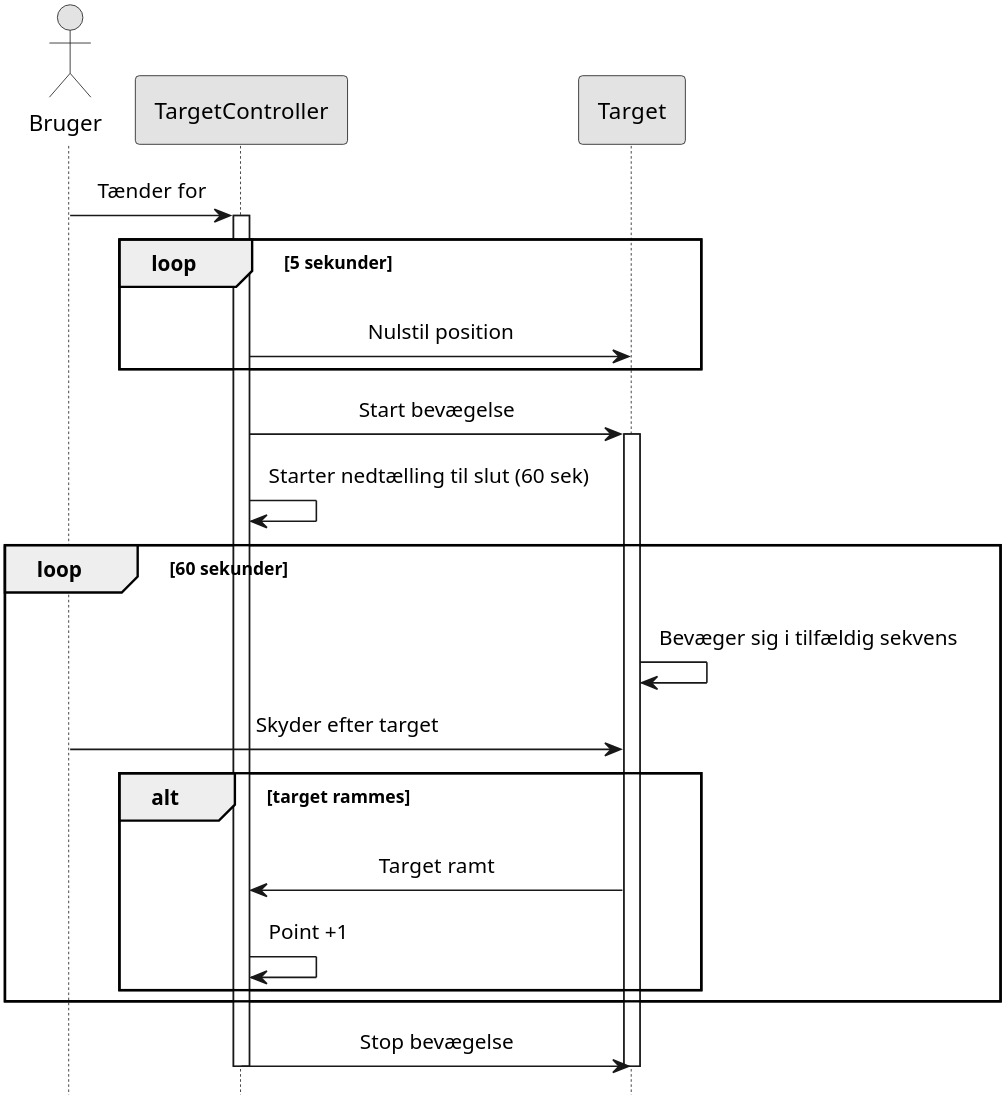
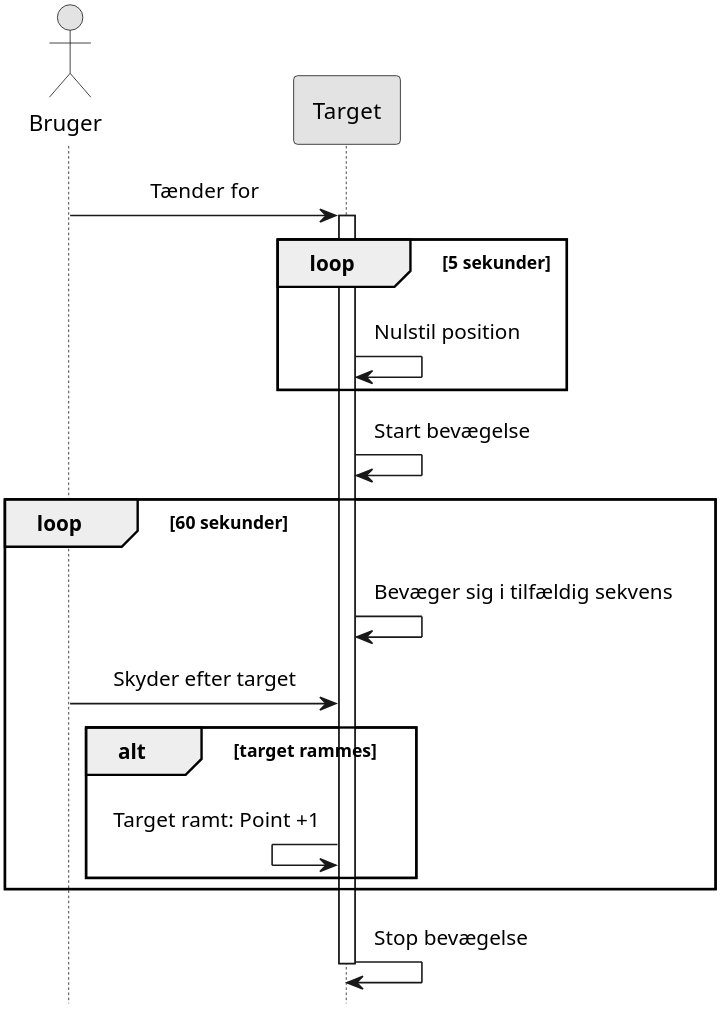
The diagram in PlantUML/ssd_uc1.plantuml (LasseKrarup/Laser-Tag-Project), drawn with PlantUML before and after one commit. The commit also changed 1 other file, not shown here.

```diff
--- a/PlantUML/ssd_uc1.plantuml
+++ b/PlantUML/ssd_uc1.plantuml
@@ -1,45 +1,39 @@
 @startuml ssd-uc1
 
 hide footbox
 
 skinparam {
     monochrome true
     dpi 300
     padding 5
     sequenceMessageAlign center
     packageStyle frame
     shadowing false
     'backgroundColor transparent
 }
 
 actor Bruger as user
-participant "TargetController" as tgtCtrl
 participant "Target" as tgt
 
 '== Use case 1 ==
 
-user -> tgtCtrl: Tænder for
-activate tgtCtrl
+user -> tgt: Tænder for
+activate tgt
 loop 5 sekunder
-    tgtCtrl -> tgt: Nulstil position
+    tgt -> tgt: Nulstil position
 end
-tgtCtrl -> tgt: Start bevægelse
-activate tgt
-
-tgtCtrl -> tgtCtrl: Starter nedtælling til slut (60 sek)
+tgt -> tgt: Start bevægelse
 
 loop 60 sekunder
     tgt -> tgt: Bevæger sig i tilfældig sekvens
     user -> tgt: Skyder efter target
 
     alt target rammes
-        tgtCtrl <- tgt: Target ramt
-        tgtCtrl -> tgtCtrl: Point +1
+        tgt <- tgt: Target ramt: Point +1
     end
 end
 
-tgtCtrl -> tgt: Stop bevægelse
+tgt -> tgt: Stop bevægelse
 deactivate tgt
-deactivate tgtCtrl
 
 @enduml
```
